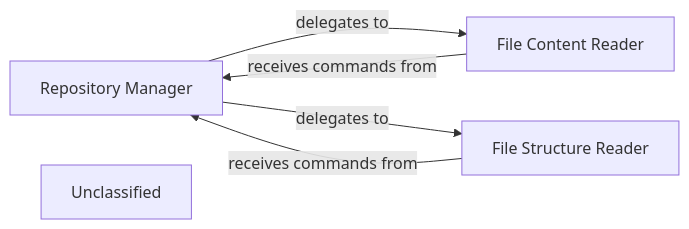
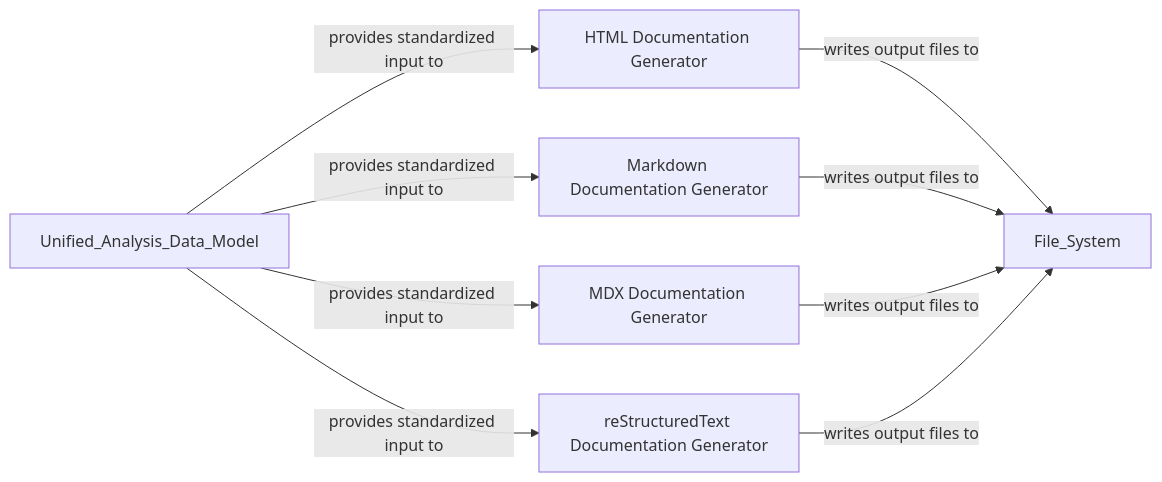
The fourth of 6 diagrams in docs/development/architecture.md (CodeBoarding/CodeBoarding), drawn with Mermaid before and after one commit. The commit also changed other lines of this file and 13 other files, not shown here.

First line of the commit message:
docs: update codeboarding documentation and generate architecture

````diff
--- a/docs/development/architecture.md
+++ b/docs/development/architecture.md
@@ -227,12 +344,15 @@
 ```mermaid
 graph LR
-    Repository_Manager["Repository Manager"]
-    File_Content_Reader["File Content Reader"]
-    File_Structure_Reader["File Structure Reader"]
-    Unclassified["Unclassified"]
-    Repository_Manager -- "delegates to" --> File_Content_Reader
-    Repository_Manager -- "delegates to" --> File_Structure_Reader
-    File_Content_Reader -- "receives commands from" --> Repository_Manager
-    File_Structure_Reader -- "receives commands from" --> Repository_Manager
-    click Repository_Manager href "https://github.com/CodeBoarding/CodeBoarding/blob/main/.codeboarding/Repository_Manager.md" "Details"
+    HTML_Documentation_Generator["HTML Documentation Generator"]
+    Markdown_Documentation_Generator["Markdown Documentation Generator"]
+    MDX_Documentation_Generator["MDX Documentation Generator"]
+    reStructuredText_Documentation_Generator["reStructuredText Documentation Generator"]
+    Unified_Analysis_Data_Model -- "provides standardized input to" --> HTML_Documentation_Generator
+    Unified_Analysis_Data_Model -- "provides standardized input to" --> Markdown_Documentation_Generator
+    Unified_Analysis_Data_Model -- "provides standardized input to" --> MDX_Documentation_Generator
+    Unified_Analysis_Data_Model -- "provides standardized input to" --> reStructuredText_Documentation_Generator
+    HTML_Documentation_Generator -- "writes output files to" --> File_System
+    Markdown_Documentation_Generator -- "writes output files to" --> File_System
+    MDX_Documentation_Generator -- "writes output files to" --> File_System
+    reStructuredText_Documentation_Generator -- "writes output files to" --> File_System
 ```
````
